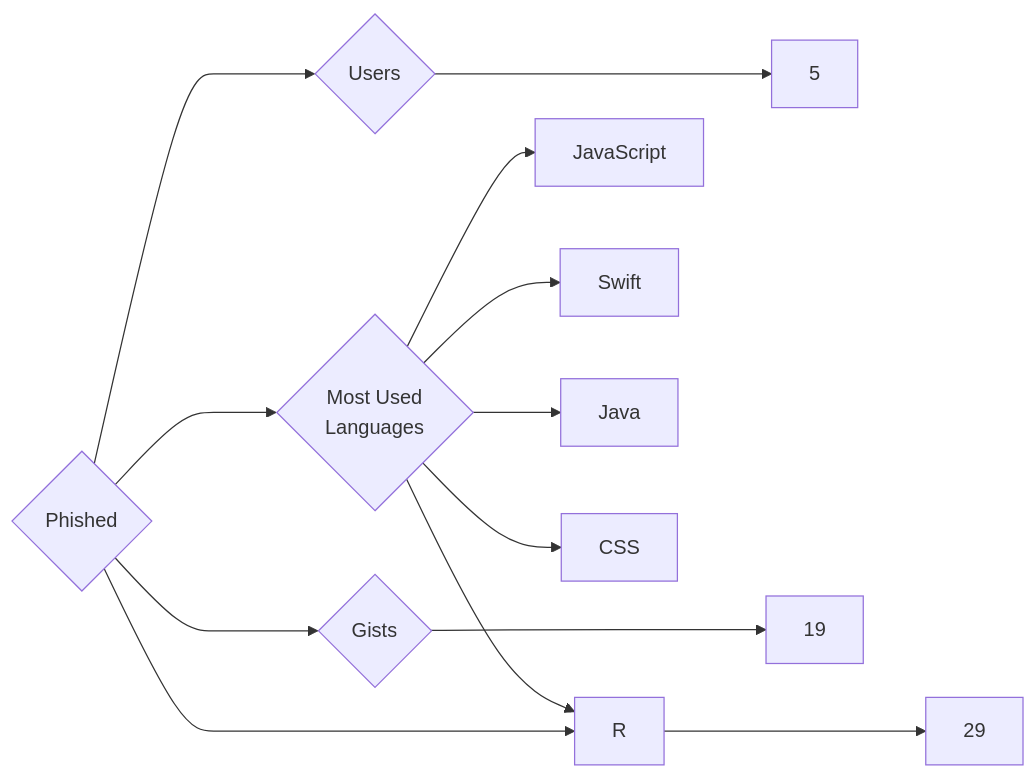
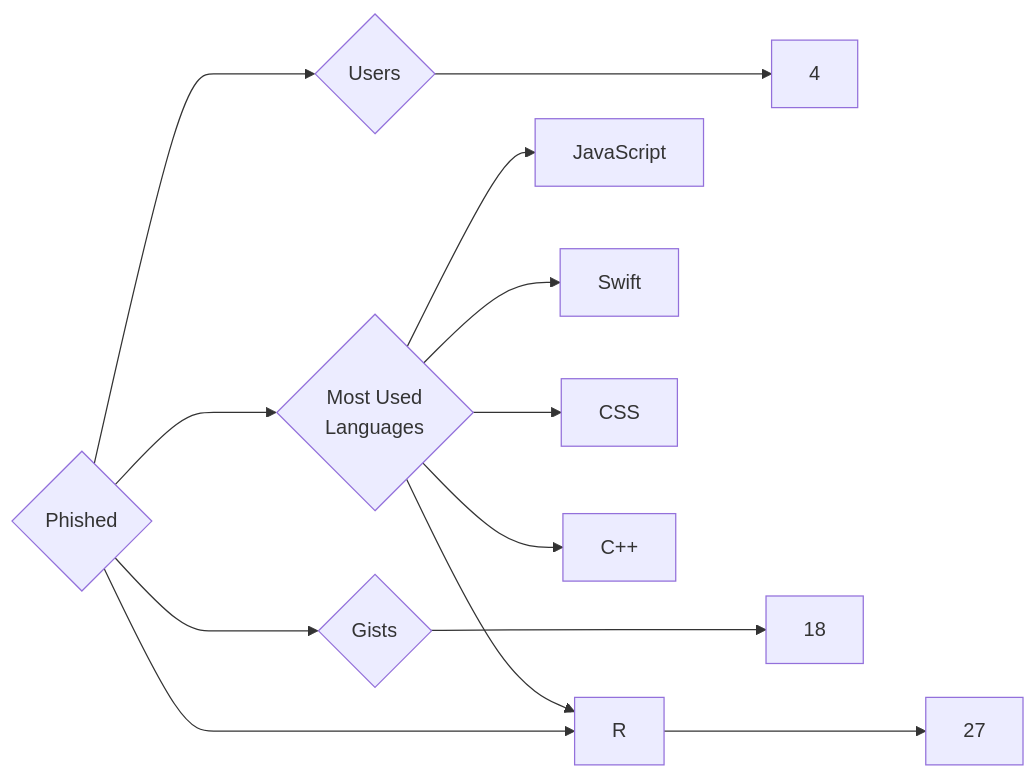
Before and after one commit to trickest/insiders: the diagram in targets/Phished/README.md, drawn with Mermaid. The commit also changed 886 other files, not shown here.

````diff
--- a/targets/Phished/README.md
+++ b/targets/Phished/README.md
@@ -3,13 +3,13 @@
 ```mermaid
 graph LR
 COMPANY_NAME{Phished}
-COMPANY_NAME ---> U{Users} ---> UN[5]
-COMPANY_NAME ---> R{Repositories} ---> RN[29]
-COMPANY_NAME ---> G{Gists} ---> GN[19]
+COMPANY_NAME ---> U{Users} ---> UN[4]
+COMPANY_NAME ---> R{Repositories} ---> RN[27]
+COMPANY_NAME ---> G{Gists} ---> GN[18]
 COMPANY_NAME ---> ML{Most Used<br>Languages}
 ML --> JavaScript[JavaScript]
 ML --> R[R]
 ML --> Swift[Swift]
-ML --> Java[Java]
 ML --> CSS[CSS]
+ML --> C++[C++]
 ```
````
